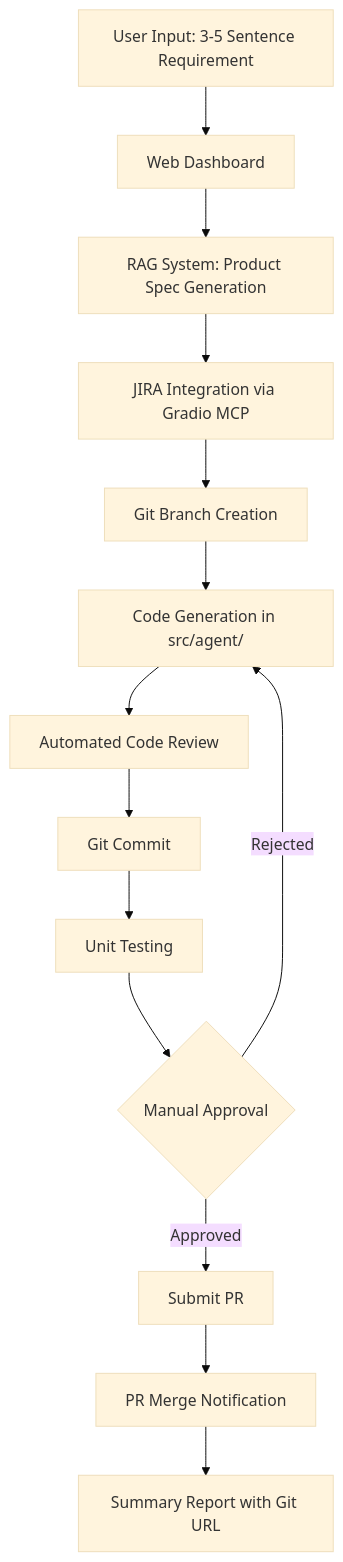
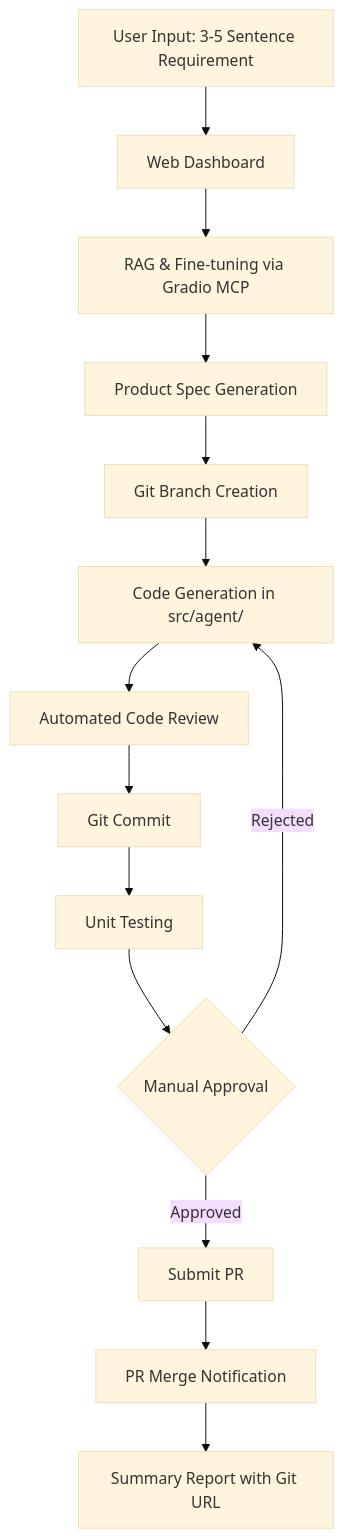
Before and after one commit to veerupaddu/MCP-hack-2025: the diagram in docs/agentdesign.md, drawn with Mermaid (base theme). The commit also changed other lines of this file and 11 other files, not shown here.

````diff
--- a/docs/agentdesign.md
+++ b/docs/agentdesign.md
@@ -11,16 +11,16 @@
 ```mermaid
 graph TD
     A[User Input: 3-5 Sentence Requirement] --> B[Web Dashboard]
-    B --> C[RAG System: Product Spec Generation]
-    C --> D[JIRA Integration via Gradio MCP]
+    B --> C[RAG & Fine-tuning via Gradio MCP]
+    C --> D[Product Spec Generation]
     D --> E[Git Branch Creation]
     E --> F[Code Generation in src/agent/]
     F --> G[Automated Code Review]
     G --> H[Git Commit]
     H --> I[Unit Testing]
     I --> J{Manual Approval}
     J -->|Approved| K[Submit PR]
     J -->|Rejected| F
     K --> L[PR Merge Notification]
     L --> M[Summary Report with Git URL]
 ```
````
